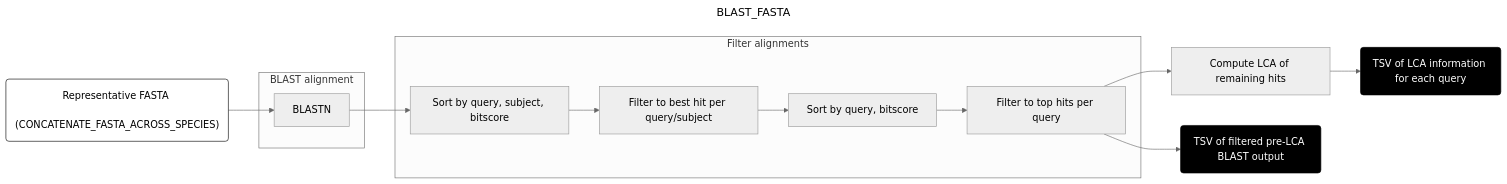
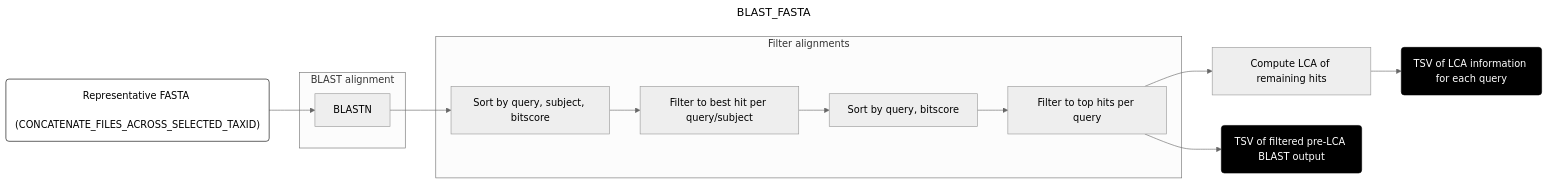
The ninth of 11 diagrams in docs/downstream.md (naobservatory/mgs-workflow), drawn with Mermaid (neutral theme) before and after one commit. The commit also changed other lines of this file and 8 other files, not shown here.

````diff
--- a/docs/downstream.md
+++ b/docs/downstream.md
@@ -331,28 +331,28 @@
 ```mermaid
 ---
 title: BLAST_FASTA
 config:
   layout: horizontal
 ---
 flowchart LR
-A("Representative FASTA <br> (CONCATENATE_FASTA_ACROSS_SPECIES)") --> B[BLASTN]
+A("Representative FASTA <br> (CONCATENATE_FILES_ACROSS_SELECTED_TAXID)") --> B[BLASTN]
 B --> C[Sort by query, subject, bitscore]
 C --> D[Filter to best hit per query/subject]
 D --> E[Sort by query, bitscore]
 E --> F[Filter to top hits per query]
 F --> G[Compute LCA of remaining hits]
 G --> H(TSV of LCA information for each query)
 F --> I(TSV of filtered pre-LCA BLAST output)
 subgraph "BLAST alignment"
 B
 end
 subgraph "Filter alignments"
 C
 D
 E
 F
 end
 style A fill:#fff,stroke:#000
 style H fill:#000,color:#fff,stroke:#000
 style I fill:#000,color:#fff,stroke:#000
 ```
````
